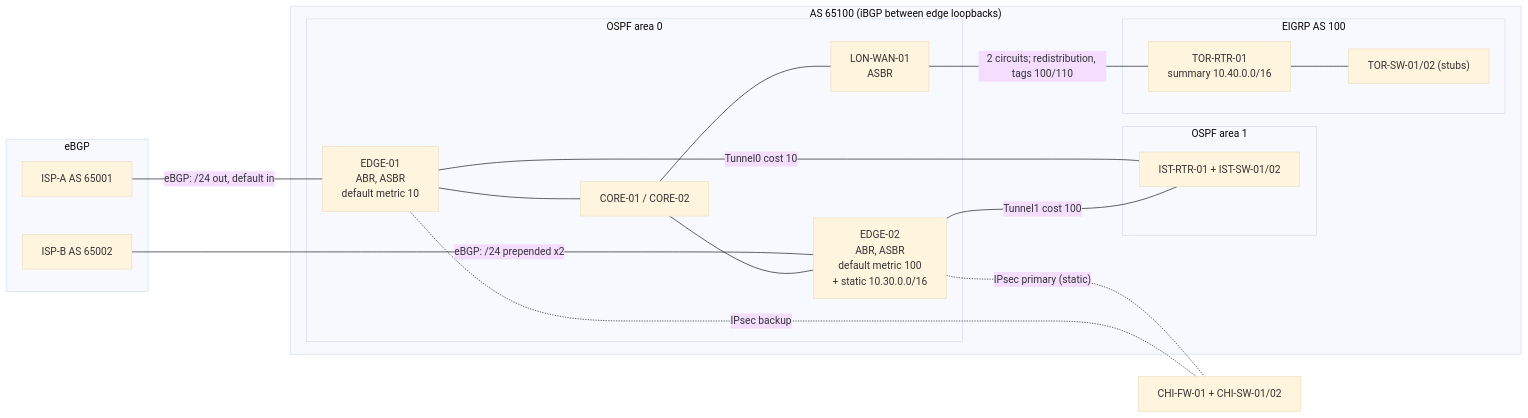
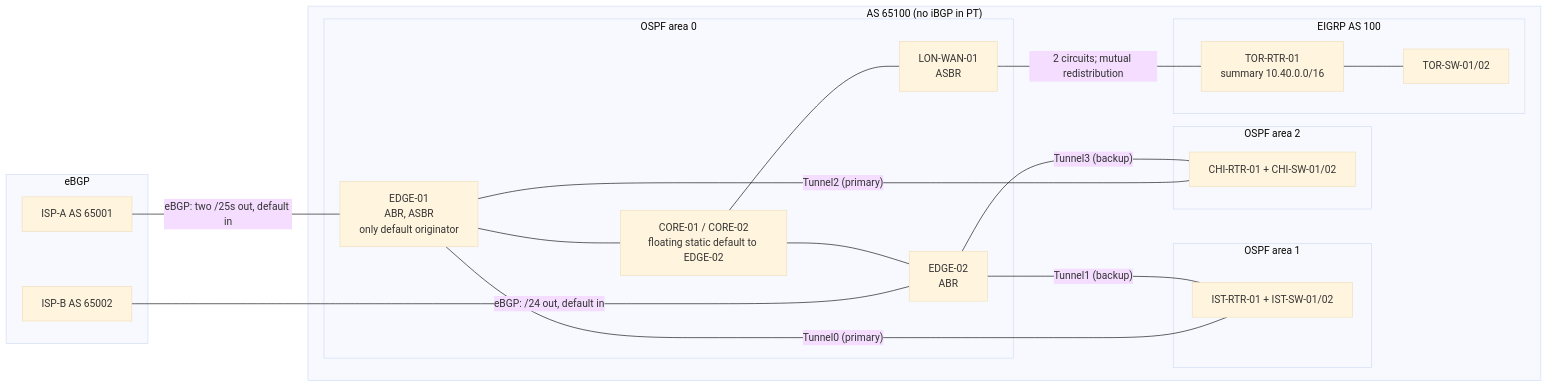
One commit to atahan99/bosphorus-enterprise-net changed the fourth of 7 diagrams in diagrams/README.md. Above: the diagram before and after it, drawn with Mermaid (base theme). The commit also changed other lines of this file and 48 other files, not shown here.

````diff
--- a/diagrams/README.md
+++ b/diagrams/README.md
@@ -72,32 +72,35 @@
 ```mermaid
 flowchart LR
   subgraph BGP["eBGP"]
     ISPA["ISP-A AS 65001"]
     ISPB["ISP-B AS 65002"]
   end
-  subgraph AS["AS 65100 (iBGP between edge loopbacks)"]
+  subgraph AS["AS 65100 (no iBGP in PT)"]
     subgraph A0["OSPF area 0"]
-      E1["EDGE-01<br/>ABR, ASBR<br/>default metric 10"]
-      E2["EDGE-02<br/>ABR, ASBR<br/>default metric 100<br/>+ static 10.30.0.0/16"]
-      CORE["CORE-01 / CORE-02"]
+      E1["EDGE-01<br/>ABR, ASBR<br/>only default originator"]
+      E2["EDGE-02<br/>ABR"]
+      CORE["CORE-01 / CORE-02<br/>floating static default to EDGE-02"]
       WAN["LON-WAN-01<br/>ASBR"]
     end
     subgraph A1["OSPF area 1"]
       IST["IST-RTR-01 + IST-SW-01/02"]
     end
+    subgraph A2["OSPF area 2"]
+      CHI["CHI-RTR-01 + CHI-SW-01/02"]
+    end
     subgraph EIGRP["EIGRP AS 100"]
       TOR["TOR-RTR-01<br/>summary 10.40.0.0/16"]
-      TORC["TOR-SW-01/02 (stubs)"]
+      TORC["TOR-SW-01/02"]
       TOR --- TORC
     end
   end
-  ISPA -- "eBGP: /24 out, default in" --- E1
-  ISPB -- "eBGP: /24 prepended x2" --- E2
+  ISPA -- "eBGP: two /25s out, default in" --- E1
+  ISPB -- "eBGP: /24 out, default in" --- E2
   E1 --- CORE --- E2
   CORE --- WAN
-  E1 -- "Tunnel0 cost 10" --- IST
-  E2 -- "Tunnel1 cost 100" --- IST
-  WAN -- "2 circuits; redistribution, tags 100/110" --- TOR
-  E2 -. "IPsec primary (static)" .- CHI["CHI-FW-01 + CHI-SW-01/02"]
-  E1 -. "IPsec backup" .- CHI
+  E1 -- "Tunnel0 (primary)" --- IST
+  E2 -- "Tunnel1 (backup)" --- IST
+  E1 -- "Tunnel2 (primary)" --- CHI
+  E2 -- "Tunnel3 (backup)" --- CHI
+  WAN -- "2 circuits; mutual redistribution" --- TOR
 ```
````
